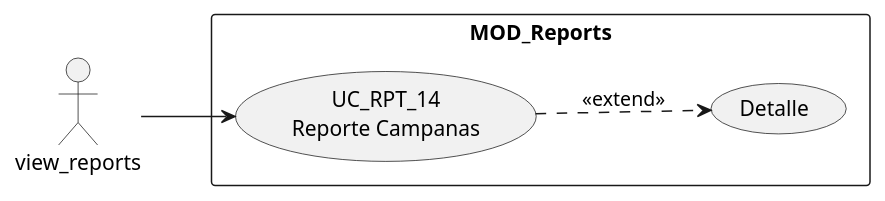
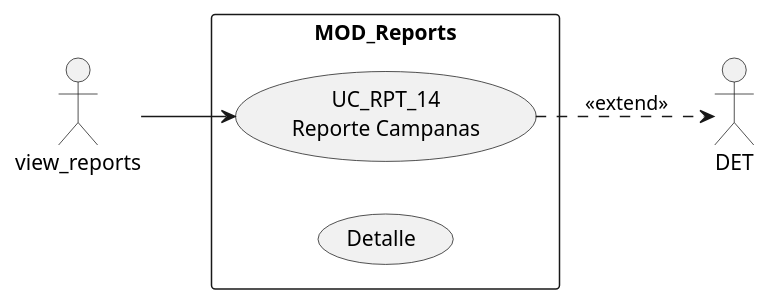
One commit to jcg-admin/IACT-docs changed the diagram in source/requisitos/casos-uso/reports/uc-rpt-14/diagramas-uml/caso-de-uso.rst. Above: the diagram before and after it, drawn with PlantUML. The commit also changed 47 other files, not shown here.

First line of the commit message:
Fix cryptic PlantUML aliases in UC and architecture files (STD_011)

```diff
--- a/source/requisitos/casos-uso/reports/uc-rpt-14/diagramas-uml/caso-de-uso.rst
+++ b/source/requisitos/casos-uso/reports/uc-rpt-14/diagramas-uml/caso-de-uso.rst
@@ -4,12 +4,12 @@
 .. uml::
 
  @startuml
  left to right direction
  actor "view_reports" as view_reports
  rectangle "MOD_Reports" {
    usecase "UC_RPT_14\nReporte Campanas" as UC14
-   usecase "Detalle" as DET
+   usecase "Detalle" as VistaDetalle
  }
  view_reports --> UC14
  UC14 ..> DET : <<extend>>
  @enduml
```
